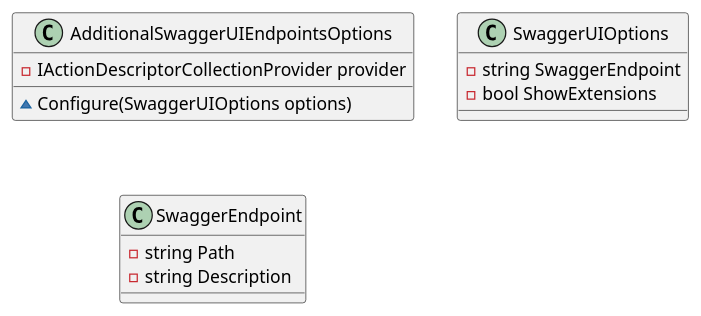
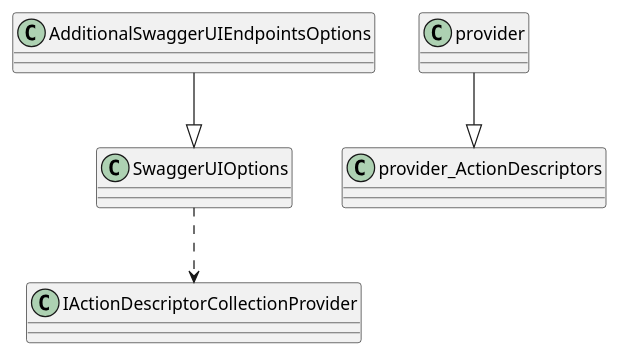
Before and after one commit to mwwhited-forks/dotnet-libs: the second of 5 diagrams in docs/generated/Framework/Eliassen.AspNetCore.Mvc/SwaggerGen/Documentation.md, drawn with PlantUML. The commit also changed other lines of this file and 444 other files, not shown here.

````diff
--- a/docs/generated/Framework/Eliassen.AspNetCore.Mvc/SwaggerGen/Documentation.md
+++ b/docs/generated/Framework/Eliassen.AspNetCore.Mvc/SwaggerGen/Documentation.md
@@ -42,18 +34,10 @@
 ```plantuml
 @startuml
-class AdditionalSwaggerUIEndpointsOptions {
-  - IActionDescriptorCollectionProvider provider
-  ~Configure(SwaggerUIOptions options)
-}
-
-class SwaggerUIOptions {
-  - string SwaggerEndpoint
-  - bool ShowExtensions
-}
-
-class SwaggerEndpoint {
-  - string Path
-  - string Description
-}
+class SwaggerUIOptions
+class AdditionalSwaggerUIEndpointsOptions
+class IActionDescriptorCollectionProvider
+ AdditionalSwaggerUIEndpointsOptions --|> SwaggerUIOptions
+ SwaggerUIOptions ..> IActionDescriptorCollectionProvider
+provider --|> provider_ActionDescriptors
 @enduml
 ```
````
